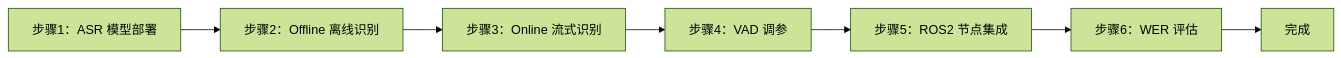
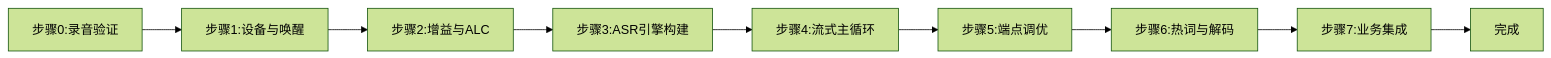
One commit to aibittek/course_generate_agent changed the diagram in courses/sheet1/speech_practice/_parts/experiment-2.md. Above: the diagram before and after it, drawn with Mermaid (forest theme). The commit also changed other lines of this file and 10 other files, not shown here.

````diff
--- a/courses/sheet1/speech_practice/_parts/experiment-2.md
+++ b/courses/sheet1/speech_practice/_parts/experiment-2.md
@@ -57,9 +72,11 @@
 ```mermaid
 graph LR
-    A[步骤1：ASR 模型部署] --> B[步骤2：Offline 离线识别]
-    B --> C[步骤3：Online 流式识别]
-    C --> D[步骤4：VAD 调参]
-    D --> E[步骤5：ROS2 节点集成]
-    E --> F[步骤6：WER 评估]
-    F --> G[完成]
+    A[步骤0:录音验证] --> B[步骤1:设备与唤醒]
+    B --> C[步骤2:增益与ALC]
+    C --> D[步骤3:ASR引擎构建]
+    D --> E[步骤4:流式主循环]
+    E --> F[步骤5:端点调优]
+    F --> G[步骤6:热词与解码]
+    G --> H[步骤7:业务集成]
+    H --> I[完成]
 ```
````
